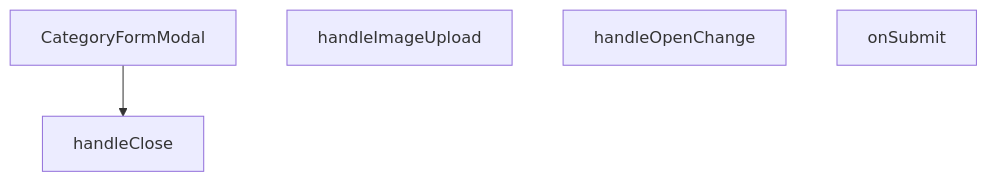
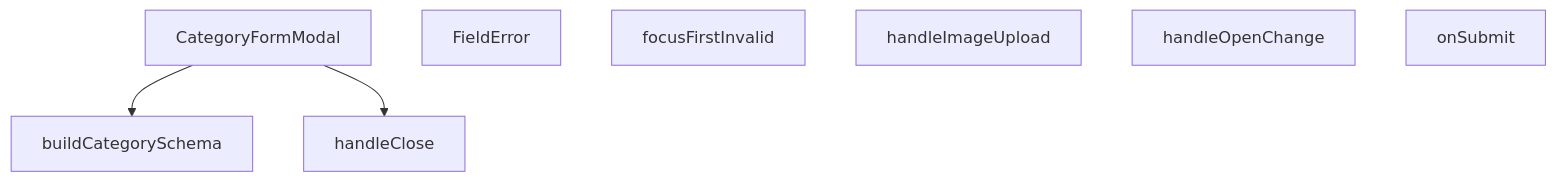
Before and after one commit to peckop/venthub-hvac-esite: the diagram in src/components/admin/categories/CategoryFormModal.md, drawn with Mermaid. The commit also changed other lines of this file and 33 other files, not shown here.

````diff
--- a/src/components/admin/categories/CategoryFormModal.md
+++ b/src/components/admin/categories/CategoryFormModal.md
@@ -293,9 +285,13 @@
 ```mermaid
 graph TD
     CategoryFormModal_tsx__CategoryFormModal["CategoryFormModal"]
+    CategoryFormModal_tsx__FieldError["FieldError"]
+    CategoryFormModal_tsx__buildCategorySchema["buildCategorySchema"]
+    CategoryFormModal_tsx__focusFirstInvalid["focusFirstInvalid"]
     CategoryFormModal_tsx__handleClose["handleClose"]
     CategoryFormModal_tsx__handleImageUpload["handleImageUpload"]
     CategoryFormModal_tsx__handleOpenChange["handleOpenChange"]
     CategoryFormModal_tsx__onSubmit["onSubmit"]
+    CategoryFormModal_tsx__CategoryFormModal --> CategoryFormModal_tsx__buildCategorySchema
     CategoryFormModal_tsx__CategoryFormModal --> CategoryFormModal_tsx__handleClose
 ```
````
